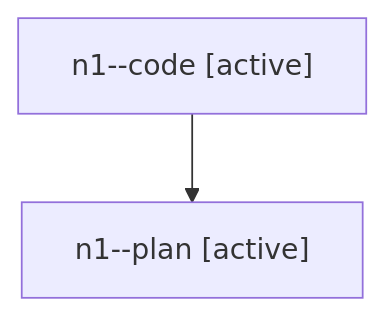
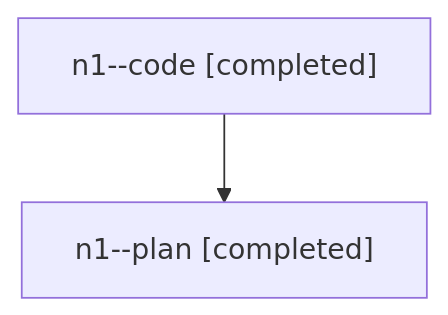
The diagram in families/bbugyi200.athena.n1.md (sase-org/sase--agents), drawn with Mermaid before and after one commit. The commit also changed other lines of this file and 1002 other files, not shown here.

````diff
--- a/families/bbugyi200.athena.n1.md
+++ b/families/bbugyi200.athena.n1.md
@@ -9,6 +9,6 @@
 ```mermaid
 flowchart TD
-  n0["n1--code [active]"]
-  n1["n1--plan [active]"]
+  n0["n1--code [completed]"]
+  n1["n1--plan [completed]"]
   n0 --> n1
 ```
````
